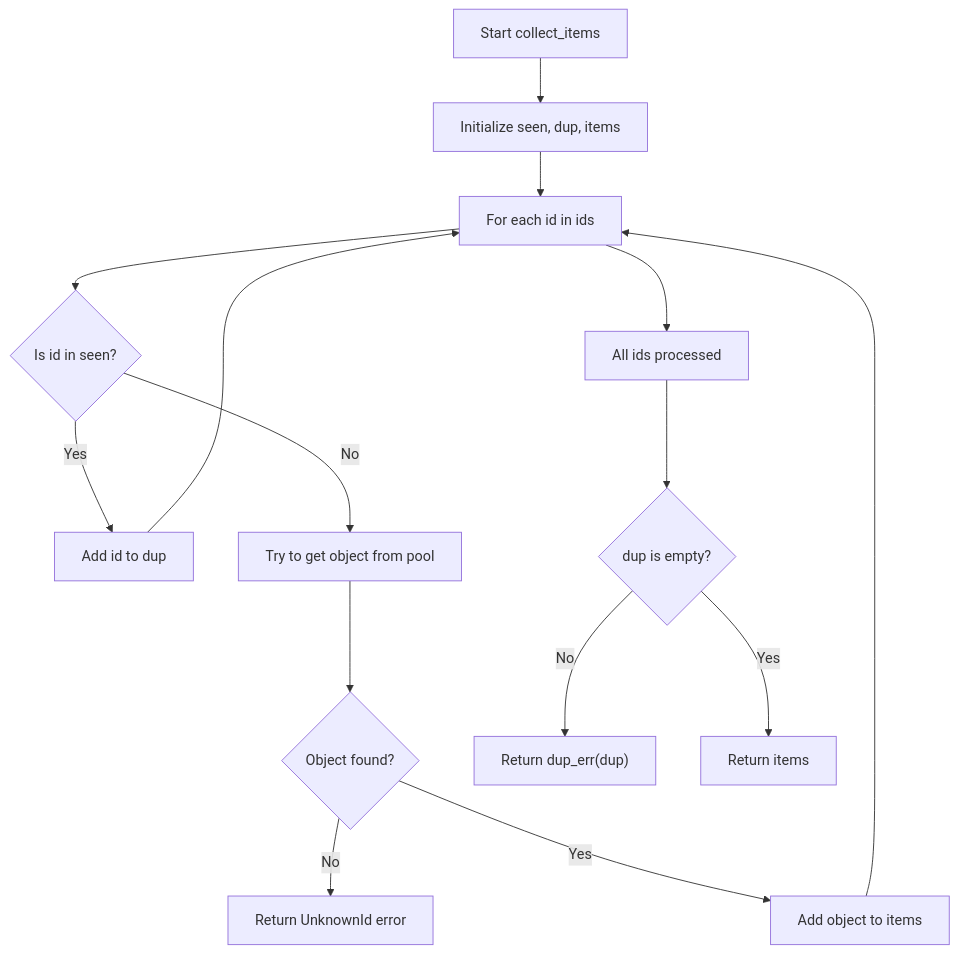
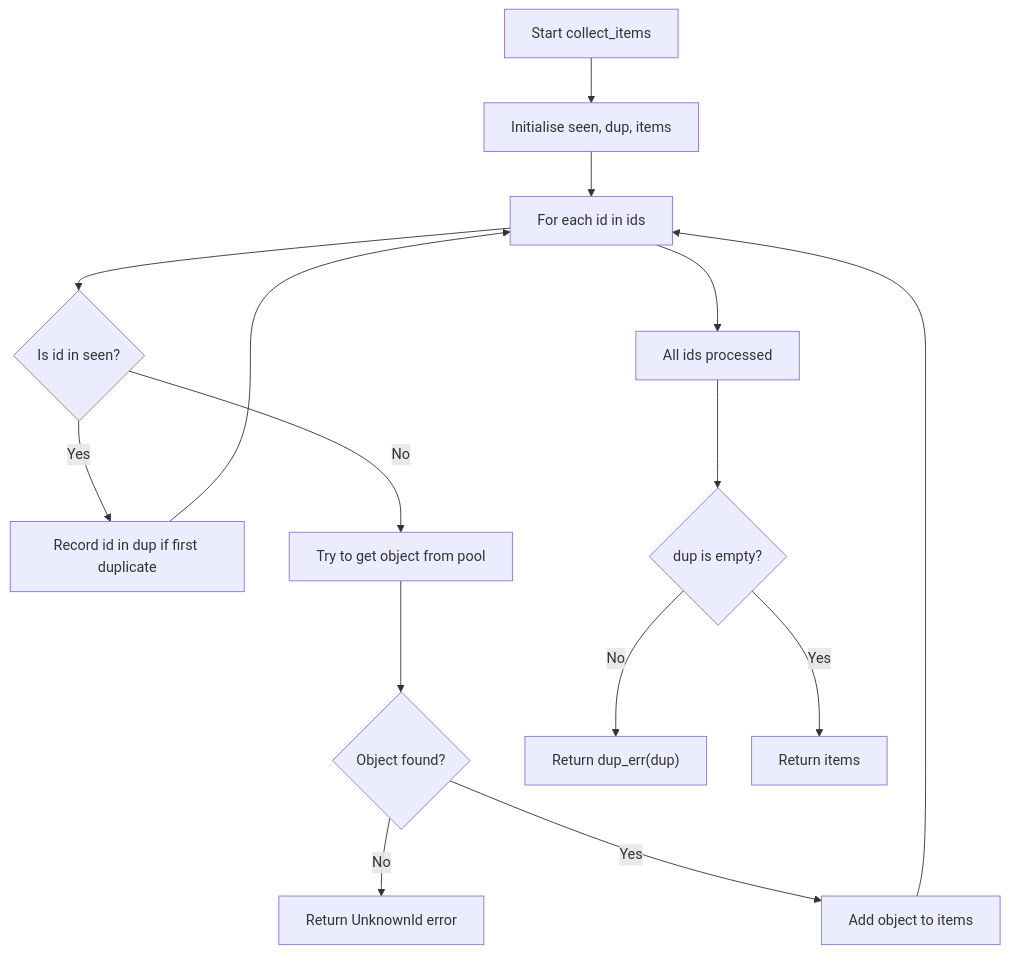
One commit to leynos/femtologging changed the fifth of 5 diagrams in docs/configuration-design.md. Above: the diagram before and after it, drawn with Mermaid. The commit also changed other lines of this file and 1 other file, not shown here.

Commit message:
Report unique duplicate IDs in collect_items

````diff
--- a/docs/configuration-design.md
+++ b/docs/configuration-design.md
@@ -672,17 +673,17 @@
 ```mermaid
 flowchart TD
-    A["Start collect_items"] --> B["Initialize seen, dup, items"]
+    A["Start collect_items"] --> B["Initialise seen, dup, items"]
     B --> C["For each id in ids"]
     C --> D{Is id in seen?}
-    D -- Yes --> E["Add id to dup"]
+    D -- Yes --> E["Record id in dup if first duplicate"]
     D -- No --> F["Try to get object from pool"]
     F --> G{Object found?}
     G -- No --> H["Return UnknownId error"]
     G -- Yes --> I["Add object to items"]
     E --> C
     I --> C
     C --> J["All ids processed"]
     J --> K{dup is empty?}
     K -- No --> L["Return dup_err(dup)"]
     K -- Yes --> M["Return items"]
 ```
````
